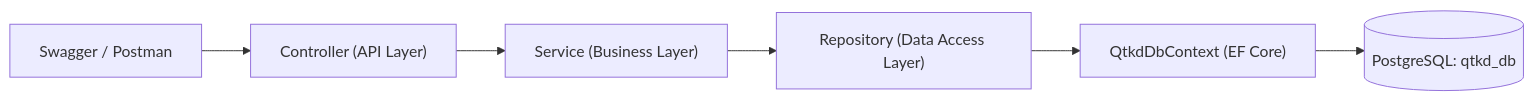
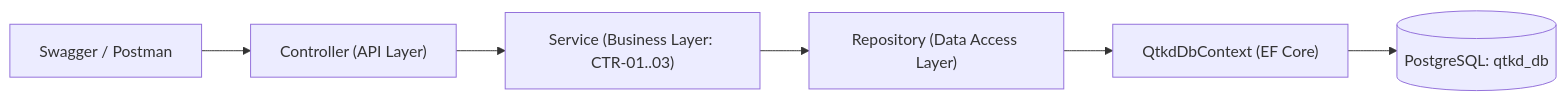
The diagram in README.md (thinhdao-77/QTKD-Phase2), drawn with Mermaid before and after one commit. The commit also changed other lines of this file and 20 other files, not shown here.

````diff
--- a/README.md
+++ b/README.md
@@ -32,8 +33,8 @@
 ```mermaid
 flowchart LR
     Client["Swagger / Postman"] --> Controller["Controller (API Layer)"]
-    Controller --> Service["Service (Business Layer)"]
+    Controller --> Service["Service (Business Layer: CTR-01..03)"]
     Service --> Repository["Repository (Data Access Layer)"]
     Repository --> DbContext["QtkdDbContext (EF Core)"]
     DbContext --> Postgres[("PostgreSQL: qtkd_db")]
 ```
````
